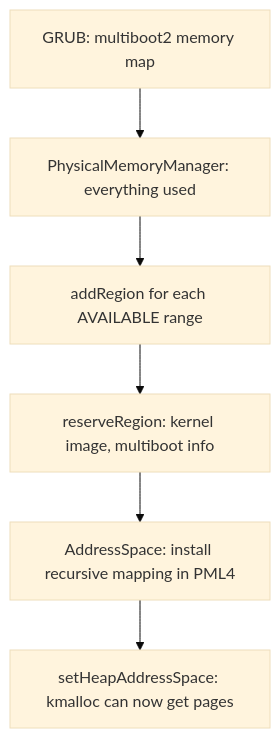
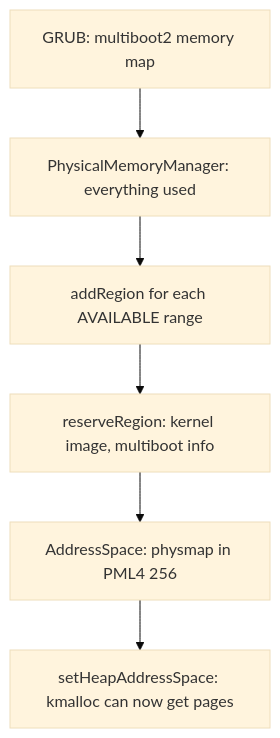
The second of 2 diagrams in kernel/mm/README.md (oguzhankynk/atlOS), drawn with Mermaid (base theme) before and after one commit. The commit also changed other lines of this file and 10 other files, not shown here.

````diff
--- a/kernel/mm/README.md
+++ b/kernel/mm/README.md
@@ -135,8 +171,8 @@
 ```mermaid
 flowchart TD
     A[GRUB: multiboot2 memory map] --> B[PhysicalMemoryManager: everything used]
     B --> C[addRegion for each AVAILABLE range]
     C --> D[reserveRegion: kernel image, multiboot info]
-    D --> E[AddressSpace: install recursive mapping in PML4]
+    D --> E[AddressSpace: physmap in PML4 256]
     E --> F[setHeapAddressSpace: kmalloc can now get pages]
 ```
````
